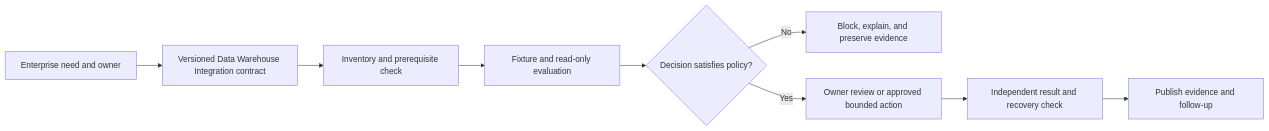
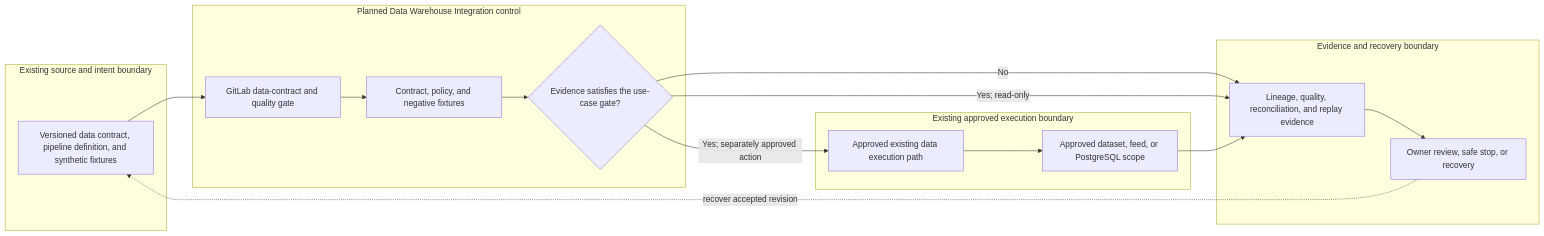
One commit to MIDHTECH/enterprise-architecture-docs changed the diagram in docs/use-cases/data/UC-DATA-012-data-warehouse-integration.md. Above: the diagram before and after it, drawn with Mermaid. The commit also changed other lines of this file and 227 other files, not shown here.

Commit message:
Deepen architecture for all use case designs

````diff
--- a/docs/use-cases/data/UC-DATA-012-data-warehouse-integration.md
+++ b/docs/use-cases/data/UC-DATA-012-data-warehouse-integration.md
@@ -136,11 +129,25 @@
 ```mermaid
 flowchart LR
-    Need["Enterprise need and owner"] --> Contract["Versioned Data Warehouse Integration contract"]
-    Contract --> Preflight["Inventory and prerequisite check"]
-    Preflight --> Evaluate["Fixture and read-only evaluation"]
-    Evaluate --> Decision{"Decision satisfies policy?"}
-    Decision -->|No| Stop["Block, explain, and preserve evidence"]
-    Decision -->|Yes| Review["Owner review or approved bounded action"]
-    Review --> Verify["Independent result and recovery check"]
-    Verify --> Publish["Publish evidence and follow-up"]
+    subgraph Source["Existing source and intent boundary"]
+        A["Versioned data contract, pipeline definition, and synthetic fixtures"]
+    end
+    subgraph Planned["Planned Data Warehouse Integration control"]
+        B["GitLab data-contract and quality gate"]
+        C["Contract, policy, and negative fixtures"]
+        D{"Evidence satisfies the use-case gate?"}
+    end
+    subgraph Runtime["Existing approved execution boundary"]
+        E["Approved existing data execution path"]
+        F["Approved dataset, feed, or PostgreSQL scope"]
+    end
+    subgraph Assurance["Evidence and recovery boundary"]
+        G["Lineage, quality, reconciliation, and replay evidence"]
+        H["Owner review, safe stop, or recovery"]
+    end
+
+    A --> B --> C --> D
+    D -->|No| G --> H
+    D -->|Yes; read-only| G
+    D -->|Yes; separately approved action| E --> F --> G
+    H -. recover accepted revision .-> A
 ```
````
